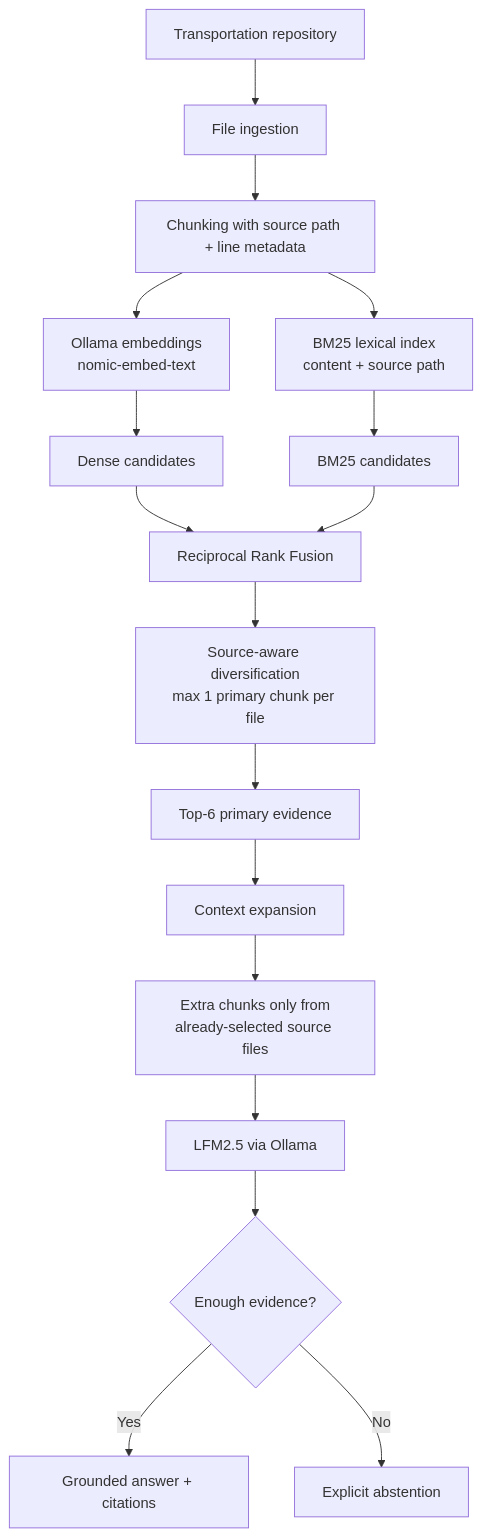
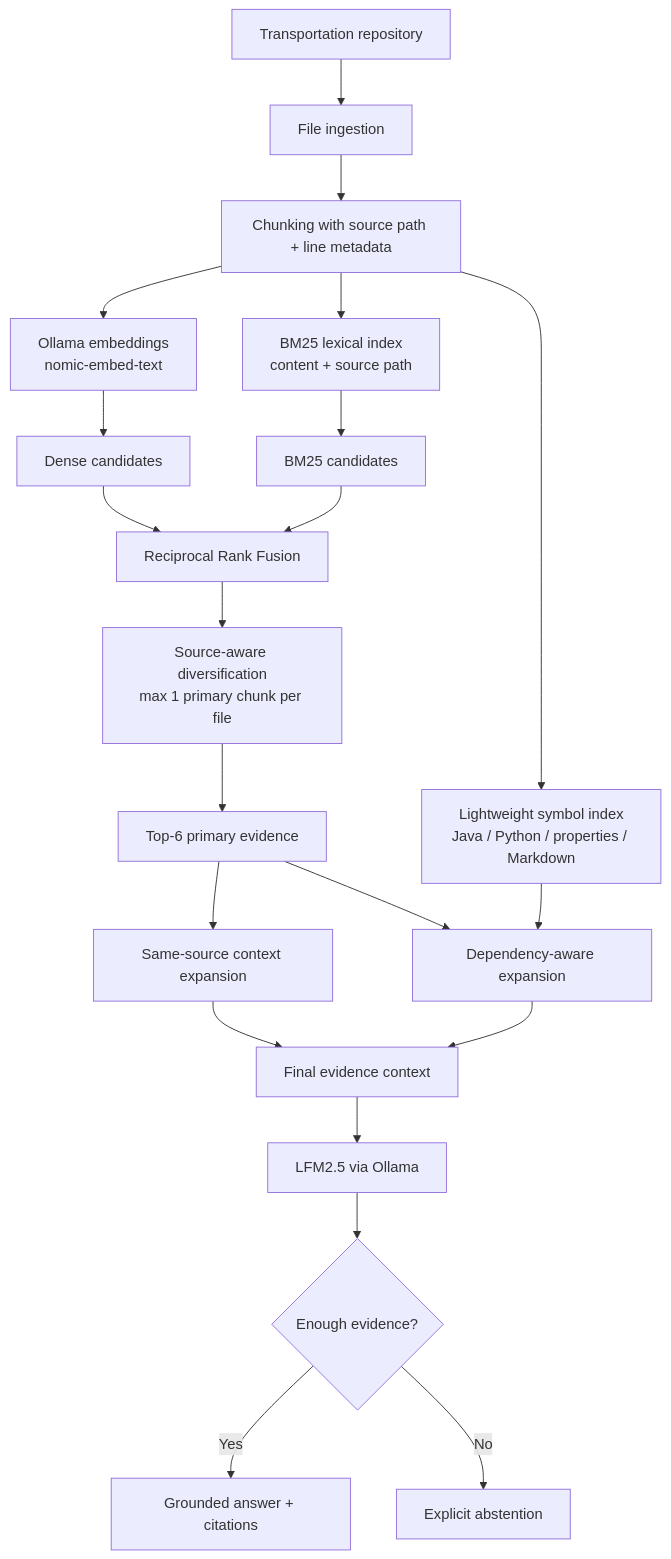
One commit to RookBytes/transport-research-assistant changed the diagram in README.md. Above: the diagram before and after it, drawn with Mermaid. The commit also changed other lines of this file and 48 other files, not shown here.

Commit message:
finalize V4 dependency-aware RAG evaluation

````diff
--- a/README.md
+++ b/README.md
@@ -50,26 +92,31 @@
 ```mermaid
 flowchart TD
     A[Transportation repository] --> B[File ingestion]
     B --> C[Chunking with source path + line metadata]
 
     C --> D[Ollama embeddings<br/>nomic-embed-text]
     C --> E[BM25 lexical index<br/>content + source path]
+    C --> F[Lightweight symbol index<br/>Java / Python / properties / Markdown]
 
-    D --> F[Dense candidates]
-    E --> G[BM25 candidates]
+    D --> G[Dense candidates]
+    E --> H[BM25 candidates]
 
-    F --> H[Reciprocal Rank Fusion]
-    G --> H
+    G --> I[Reciprocal Rank Fusion]
+    H --> I
 
-    H --> I[Source-aware diversification<br/>max 1 primary chunk per file]
-    I --> J[Top-6 primary evidence]
+    I --> J[Source-aware diversification<br/>max 1 primary chunk per file]
+    J --> K[Top-6 primary evidence]
 
-    J --> K[Context expansion]
-    K --> L[Extra chunks only from<br/>already-selected source files]
+    K --> L[Same-source context expansion]
+    K --> M[Dependency-aware expansion]
+    F --> M
 
-    L --> M[LFM2.5 via Ollama]
-    M --> N{Enough evidence?}
+    L --> N[Final evidence context]
+    M --> N
 
-    N -->|Yes| O[Grounded answer + citations]
-    N -->|No| P[Explicit abstention]
+    N --> O[LFM2.5 via Ollama]
+    O --> P{Enough evidence?}
+
+    P -->|Yes| Q[Grounded answer + citations]
+    P -->|No| R[Explicit abstention]
 ```
````
